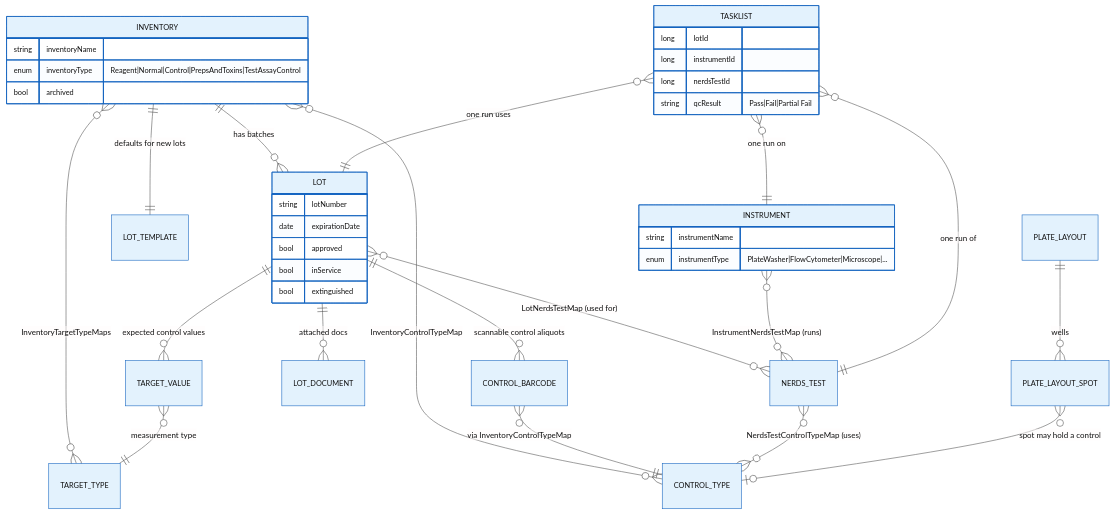
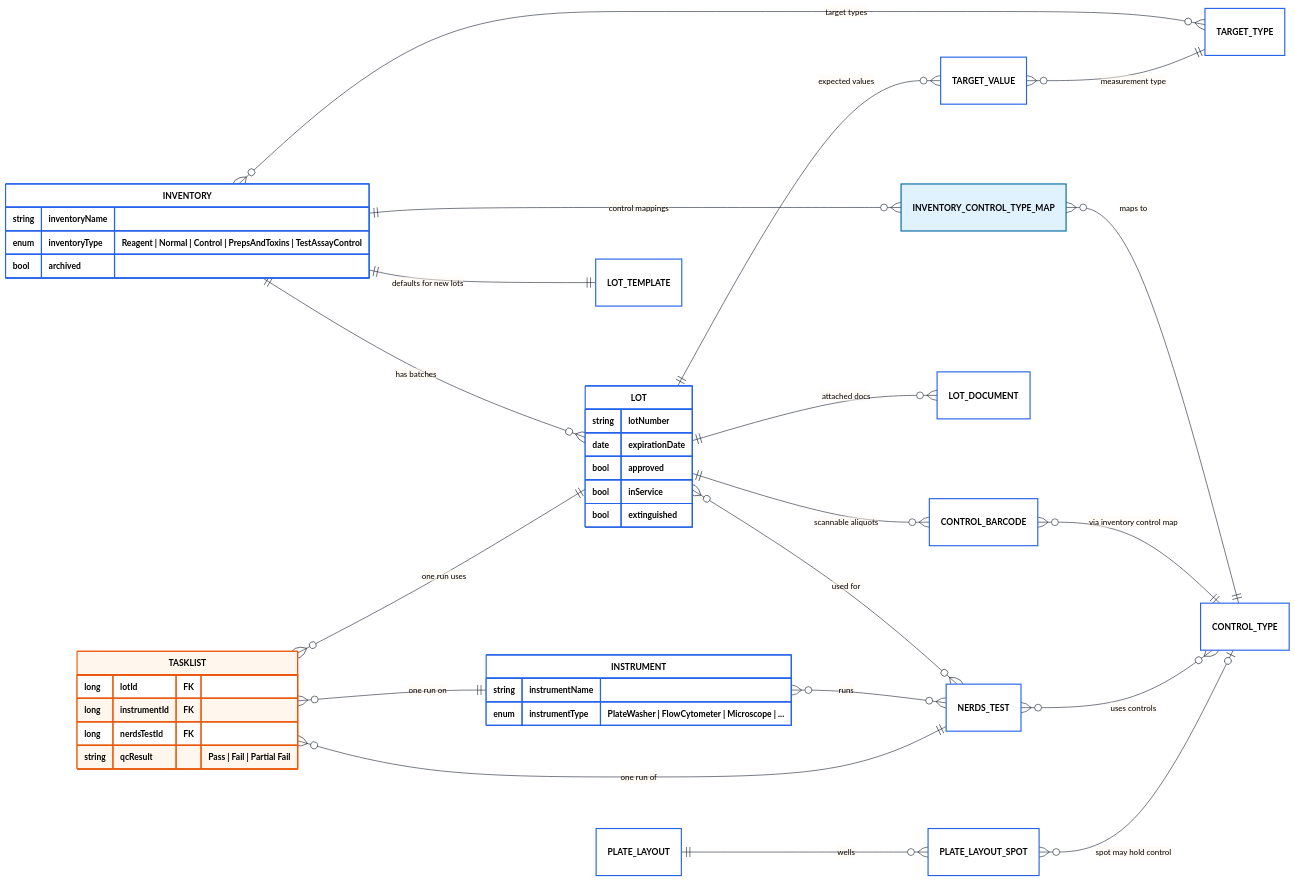
One commit to fengyanglin09/my-work-dashboard-app changed the second of 4 diagrams in src/assets/pages/app-resources/nerds/appDetails/00step/materials-qc/materials-qc.md. Above: the diagram before and after it, drawn with Mermaid. The commit also changed other lines of this file and 35 other files, not shown here.

Commit message:
Add new mermaid diagrams for workflow and testing processes

````diff
--- a/src/assets/pages/app-resources/nerds/appDetails/00step/materials-qc/materials-qc.md
+++ b/src/assets/pages/app-resources/nerds/appDetails/00step/materials-qc/materials-qc.md
@@ -76,49 +76,69 @@
 ```mermaid
-%%{init: {"theme":"base", "themeVariables":{"background":"#ffffff","lineColor":"#555555","primaryColor":"#e3f2fd","primaryBorderColor":"#1565c0","primaryTextColor":"#111111","fontSize":"13px"}}}%%
+%%{init: {"theme":"base", "darkMode":false, "themeVariables":{"darkMode":false,"background":"#ffffff","primaryColor":"#ffffff","primaryTextColor":"#000000","primaryBorderColor":"#2563eb","secondaryColor":"#f8fafc","secondaryTextColor":"#000000","secondaryBorderColor":"#2563eb","tertiaryColor":"#fff7ed","tertiaryTextColor":"#000000","tertiaryBorderColor":"#ea580c","lineColor":"#111827","textColor":"#000000","nodeTextColor":"#000000","fontSize":"15px","fontWeight":"800","attributeBackgroundColorOdd":"#ffffff","attributeBackgroundColorEven":"#ffffff"}, "er":{"fill":"#ffffff","stroke":"#111827","fontSize":15,"layoutDirection":"LR"}, "themeCSS":"svg{background-color:#ffffff !important;}.entityBox,.attributeBoxOdd,.attributeBoxEven,.er.entityBox,.er.attributeBoxOdd,.er.attributeBoxEven,.node rect{fill:#ffffff !important;stroke:#2563eb !important;stroke-width:2px !important;}.relationshipLine,.er.relationshipLine,.edgePath path,path.relationshipLine{stroke:#111827 !important;stroke-width:2.5px !important;fill:none !important;}.relationshipLabelBox,.er.relationshipLabelBox,.labelBkg,.edgeLabel rect{fill:#ffffff !important;background-color:#ffffff !important;opacity:1 !important;}.label,.label span,.node .label,.edgeLabel .label,.edgeLabel .label span,.er .entityLabel,.er .attributeLabel,.er .relationshipLabel,foreignObject,foreignObject *{color:#000000 !important;fill:#000000 !important;opacity:1 !important;font-weight:800 !important;text-shadow:none !important;}.edgeLabel .label text,.edgeLabel text,.node text,text,tspan{fill:#000000 !important;color:#000000 !important;opacity:1 !important;font-weight:800 !important;text-shadow:none !important;}.marker{stroke:#111827 !important;fill:none !important;}"}}%%
 erDiagram
-    INVENTORY ||--o{ LOT : "has batches"
-    INVENTORY ||--|| LOT_TEMPLATE : "defaults for new lots"
-    INVENTORY }o--o{ CONTROL_TYPE : "InventoryControlTypeMap"
-    INVENTORY }o--o{ TARGET_TYPE : "InventoryTargetTypeMaps"
-
-    LOT ||--o{ CONTROL_BARCODE : "scannable control aliquots"
-    LOT ||--o{ TARGET_VALUE : "expected control values"
-    LOT ||--o{ LOT_DOCUMENT : "attached docs"
-    LOT }o--o{ NERDS_TEST : "LotNerdsTestMap (used for)"
-
-    CONTROL_BARCODE }o--|| CONTROL_TYPE : "via InventoryControlTypeMap"
-    TARGET_VALUE }o--|| TARGET_TYPE : "measurement type"
-
-    INSTRUMENT }o--o{ NERDS_TEST : "InstrumentNerdsTestMap (runs)"
-    NERDS_TEST }o--o{ CONTROL_TYPE : "NerdsTestControlTypeMap (uses)"
-
-    TASKLIST }o--|| LOT : "one run uses"
-    TASKLIST }o--|| INSTRUMENT : "one run on"
-    TASKLIST }o--|| NERDS_TEST : "one run of"
-
-    PLATE_LAYOUT ||--o{ PLATE_LAYOUT_SPOT : "wells"
-    PLATE_LAYOUT_SPOT }o--o| CONTROL_TYPE : "spot may hold a control"
+    direction LR
 
     INVENTORY {
         string inventoryName
-        enum inventoryType "Reagent|Normal|Control|PrepsAndToxins|TestAssayControl"
+        enum inventoryType "Reagent | Normal | Control | PrepsAndToxins | TestAssayControl"
         bool archived
     }
     LOT {
         string lotNumber
         date expirationDate
         bool approved
         bool inService
         bool extinguished
     }
     INSTRUMENT {
         string instrumentName
-        enum instrumentType "PlateWasher|FlowCytometer|Microscope|..."
+        enum instrumentType "PlateWasher | FlowCytometer | Microscope | ..."
     }
     TASKLIST {
-        long lotId
-        long instrumentId
-        long nerdsTestId
-        string qcResult "Pass|Fail|Partial Fail"
+        long lotId FK
+        long instrumentId FK
+        long nerdsTestId FK
+        string qcResult "Pass | Fail | Partial Fail"
     }
+    LOT_TEMPLATE
+    INVENTORY_CONTROL_TYPE_MAP
+    TARGET_TYPE
+    TARGET_VALUE
+    CONTROL_BARCODE
+    LOT_DOCUMENT
+    NERDS_TEST
+    PLATE_LAYOUT
+    PLATE_LAYOUT_SPOT
+    CONTROL_TYPE
+
+    INVENTORY ||--o{ LOT : "has batches"
+    INVENTORY ||--|| LOT_TEMPLATE : "defaults for new lots"
+    INVENTORY ||--o{ INVENTORY_CONTROL_TYPE_MAP : "control mappings"
+    INVENTORY_CONTROL_TYPE_MAP }o--|| CONTROL_TYPE : "maps to"
+    INVENTORY }o--o{ TARGET_TYPE : "target types"
+
+    LOT ||--o{ TARGET_VALUE : "expected values"
+    LOT ||--o{ LOT_DOCUMENT : "attached docs"
+    LOT ||--o{ CONTROL_BARCODE : "scannable aliquots"
+    LOT }o--o{ NERDS_TEST : "used for"
+
+    TARGET_VALUE }o--|| TARGET_TYPE : "measurement type"
+    CONTROL_BARCODE }o--|| CONTROL_TYPE : "via inventory control map"
+
+    INSTRUMENT }o--o{ NERDS_TEST : "runs"
+    NERDS_TEST }o--o{ CONTROL_TYPE : "uses controls"
+
+    TASKLIST }o--|| LOT : "one run uses"
+    TASKLIST }o--|| INSTRUMENT : "one run on"
+    TASKLIST }o--|| NERDS_TEST : "one run of"
+
+    PLATE_LAYOUT ||--o{ PLATE_LAYOUT_SPOT : "wells"
+    PLATE_LAYOUT_SPOT }o--o| CONTROL_TYPE : "spot may hold control"
+
+    classDef default fill:#ffffff,stroke:#2563eb,stroke-width:2px,color:#000000,font-weight:700;
+    classDef join fill:#e0f2fe,stroke:#0369a1,stroke-width:2px,color:#000000,font-weight:700;
+    classDef run fill:#fff7ed,stroke:#ea580c,stroke-width:2px,color:#000000,font-weight:700;
+
+    class INVENTORY_CONTROL_TYPE_MAP join
+    class TASKLIST run
 ```
````
